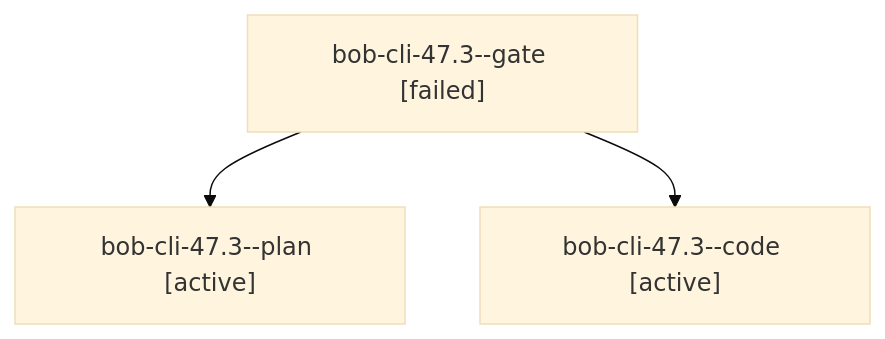
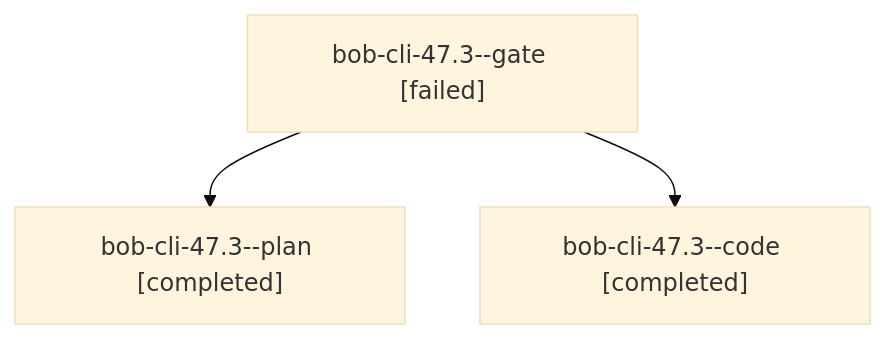
Before and after one commit to bobs-org/bob-cli--agents: the diagram in sessions/bbugyi200.apollo.bob-cli-47.3.md, drawn with Mermaid (base theme). The commit also changed other lines of this file and 44 other files, not shown here.

````diff
--- a/sessions/bbugyi200.apollo.bob-cli-47.3.md
+++ b/sessions/bbugyi200.apollo.bob-cli-47.3.md
@@ -9,8 +9,8 @@
 ```mermaid
 flowchart TD
   n0["bob-cli-47.3--gate [failed]"]
-  n1["bob-cli-47.3--plan [active]"]
+  n1["bob-cli-47.3--plan [completed]"]
   n0 --> n1
-  n2["bob-cli-47.3--code [active]"]
+  n2["bob-cli-47.3--code [completed]"]
   n0 --> n2
 ```
````
